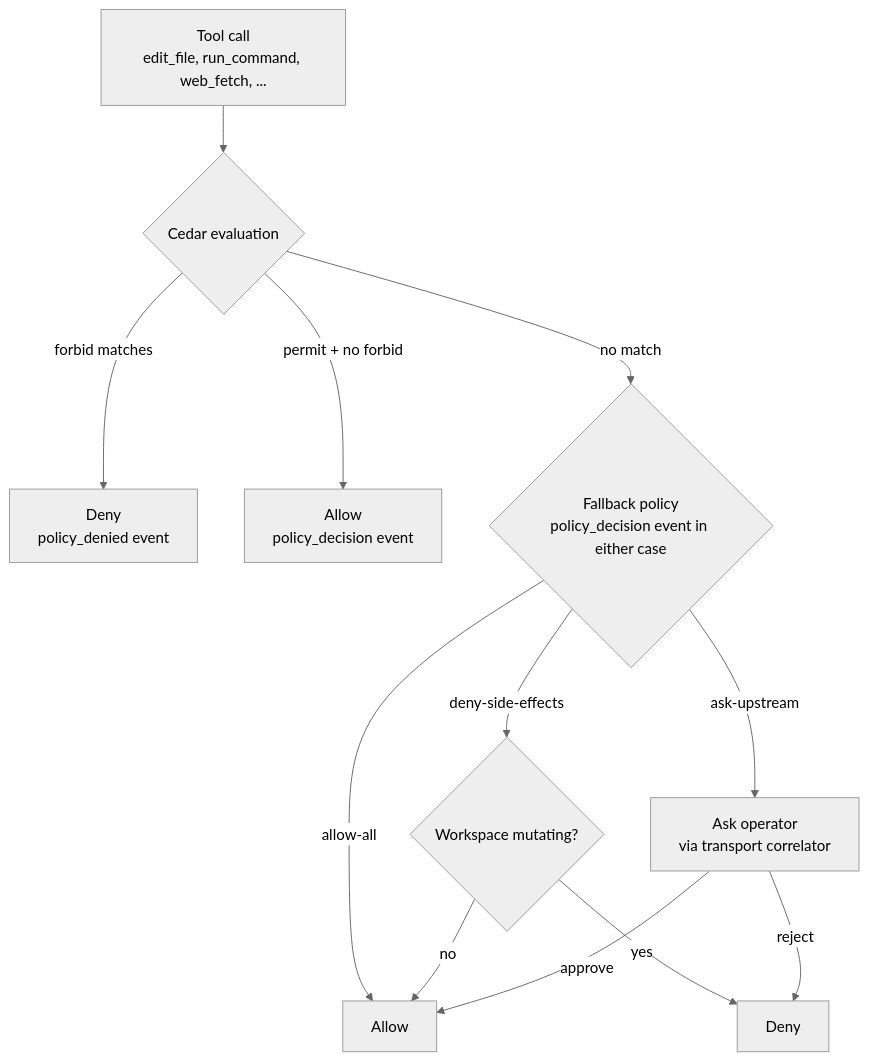
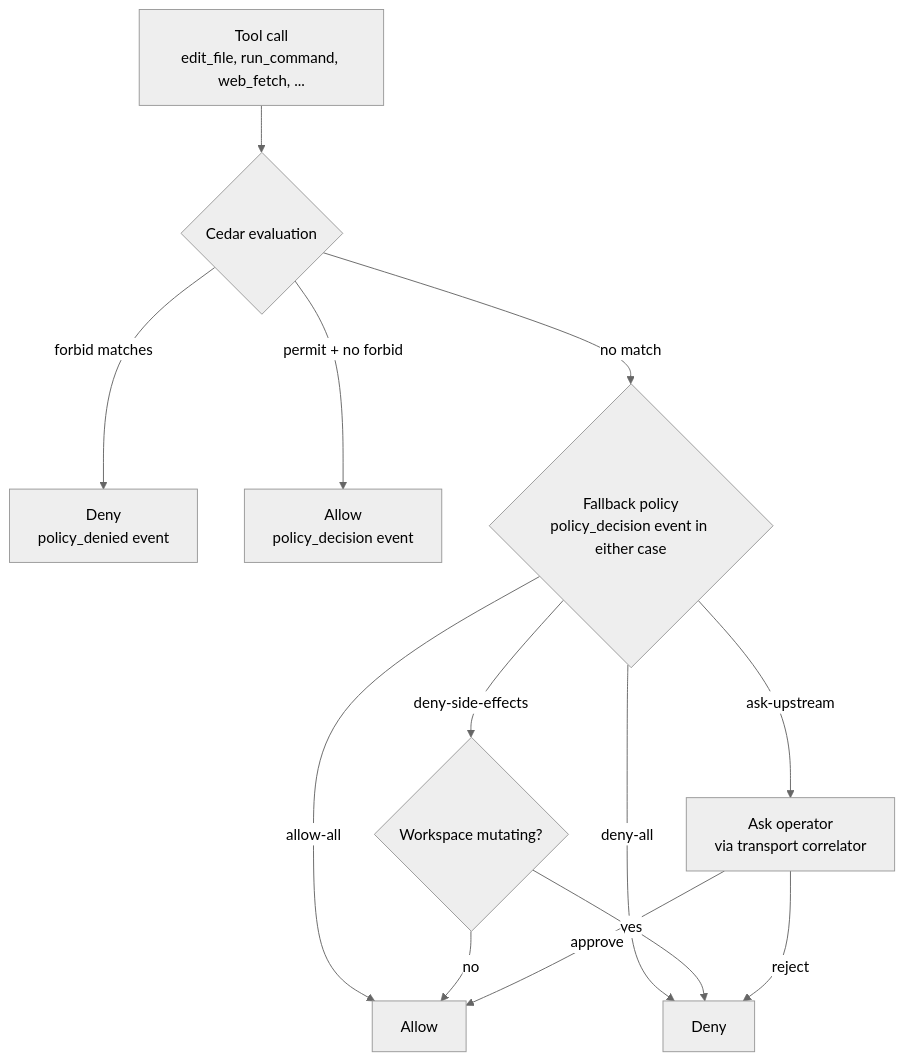
The third of 5 diagrams in docs/safety-rings.md (rxbynerd/stirrup), drawn with Mermaid (neutral theme) before and after one commit. The commit also changed other lines of this file and 4 other files, not shown here.

````diff
--- a/docs/safety-rings.md
+++ b/docs/safety-rings.md
@@ -443,15 +456,16 @@
 ```mermaid
 flowchart TB
   Call[Tool call<br/>edit_file, run_command, web_fetch, ...]
   Call --> Eval{Cedar evaluation}
   Eval -->|forbid matches| Denied[Deny<br/>policy_denied event]
   Eval -->|permit + no forbid| Allowed[Allow<br/>policy_decision event]
   Eval -->|no match| Fallback{Fallback policy<br/>policy_decision event in either case}
   Fallback -->|allow-all| AllowedFallback[Allow]
+  Fallback -->|deny-all| DenyFallback
   Fallback -->|deny-side-effects| MaybeDeny{Workspace mutating?}
   MaybeDeny -->|yes| DenyFallback[Deny]
   MaybeDeny -->|no| AllowedFallback
   Fallback -->|ask-upstream| AskOp[Ask operator<br/>via transport correlator]
   AskOp -->|approve| AllowedFallback
   AskOp -->|reject| DenyFallback
 ```
````
